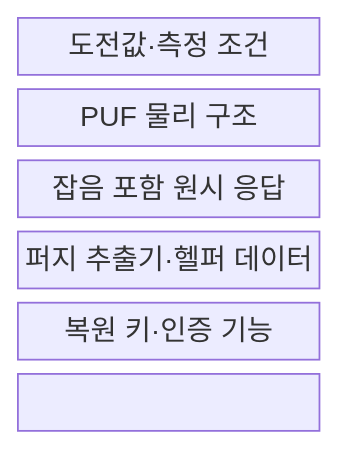
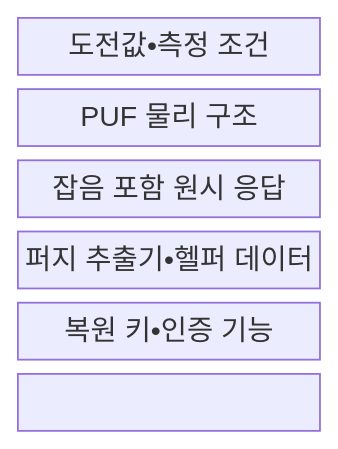
One commit to agnusdei1207/knowledge-base changed the first of 2 diagrams in src/content/docs/notes/05-security/129_puf.md. Above: the diagram before and after it, drawn with Mermaid. The commit also changed other lines of this file and 953 other files, not shown here.

````diff
--- a/src/content/docs/notes/05-security/129_puf.md
+++ b/src/content/docs/notes/05-security/129_puf.md
@@ -65,11 +65,11 @@
 ```mermaid
 block-beta
   columns 1
-  C["도전값·측정 조건"]
+  C["도전값•측정 조건"]
   P["PUF 물리 구조"]
   R["잡음 포함 원시 응답"]
-  F["퍼지 추출기·헬퍼 데이터"]
-  K["복원 키·인증 기능"]
+  F["퍼지 추출기•헬퍼 데이터"]
+  K["복원 키•인증 기능"]
   C --- P --- R
   R --- F --- K
 ```
````
